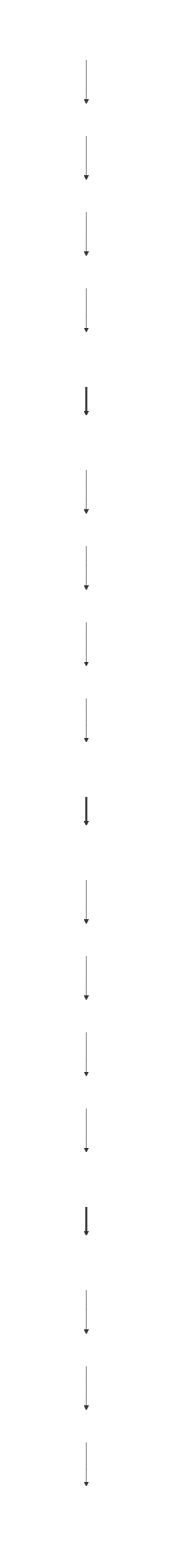
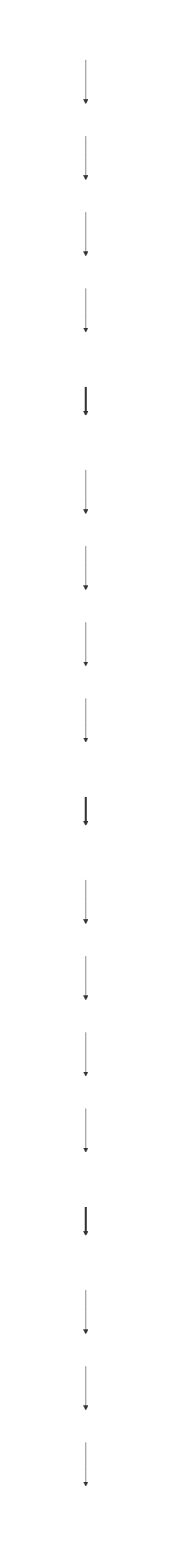
The first of 2 diagrams in docs/loadTestPlanDocument.md (jimyungkoh/ecommerce-service-server), drawn with Mermaid before and after one commit. The commit also changed other lines of this file, not shown here.

Commit message:
docs: 부하 테스트 계획서 수정 및 성능 결과 업데이트
- 주문-재고-결제 시스템의 아키텍처 다이어그램을 한국어로 수정하여 가독성 향상
- 테스트 목적 및 검증 포인트를 명확히 하여 이해도를 높임
- 동시성 테스트 시나리오를 추가하여 부하 테스트 방법을 구체화
- 테스트 데이터 구성 항목을 정리하여 명확한 목표 설정
- 테스트 결과를 업데이트하여 시스템의 안정성과 성능을 강조
  - 처리량: 120 RPS 달성
  - 성공률: 100%
  - 평균 응답시간: 90.71ms
  - 95% 응답시간: 253.86ms
- Grafana K6 메트릭스 스크린샷 추가

````diff
--- a/docs/loadTestPlanDocument.md
+++ b/docs/loadTestPlanDocument.md
@@ -7,56 +7,54 @@
 ```mermaid
 flowchart TB
-    subgraph MarketSystem["주문 서비스"]
-        direction TB
-        T1[Begin Transaction]
-        T2[Create Order]
-        T3[Order Event Publish]
-        T4[Commit]
-        T5[End Transaction]
-        
-        T1 --> T2 --> T3 --> T4 --> T5
-    end
+   subgraph MarketSystem["주문 서비스"]
+       direction TB
+       T1[주문 트랜잭션 시작]
+       T2[주문 생성]
+       T3[아웃박스 이벤트 저장]
+       T4[이벤트 발행]
+       T5[커밋]
 
-    subgraph ProductSystem["상품 서비스"]
-        direction TB
-        P1[Message Receive]
-        P2[Begin Transaction]
-        P3[Deduct Stock]
-        P4[Order Event Publish]
-        P5[End Transaction]
-        
-        P1 --> P2 --> P3 --> P4 --> P5
-    end
+       T1 --> T2 --> T3 --> T4 --> T5
+   end
 
-    subgraph UserSystem["결제 서비스"]
-        direction TB
-        U1[Message Receive]
-        U2[Begin Transaction]
-        U3[Process Payment]
-        U4[Order Event Publish]
-        U5[End Transaction]
-        
-        U1 --> U2 --> U3 --> U4 --> U5
-    end
+   subgraph ProductSystem["재고 서비스"]
+       direction TB
+       P1[이벤트 수신]
+       P2[재고 차감 트랜잭션]
+       P3[재고 검증/차감]
+       P4[아웃박스 이벤트 저장]
+       P5[커밋]
 
-    subgraph CompleteSystem["주문 완료"]
-        direction TB
-        C1[Message Receive]
-        C2[Begin Transaction]
-        C3[Update Status]
-        C4[Commit]
-        
-        C1 --> C2 --> C3 --> C4
-    end
+       P1 --> P2 --> P3 --> P4 --> P5
+   end
 
-    %% 시스템간 연결
-    T3 ==> P1
-    P4 ==> U1
-    U4 ==> C1
+   subgraph UserSystem["결제 서비스"]
+       direction TB
+       U1[이벤트 수신]
+       U2[결제 트랜잭션]
+       U3[포인트 차감]
+       U4[아웃박스 이벤트 저장]
+       U5[커밋]
 
-    %% 스타일링
-    classDef default fill:transparent,stroke:#fff,color:#fff
-    classDef system fill:transparent,stroke:#fff,color:#fff,stroke-width:2px
+       U1 --> U2 --> U3 --> U4 --> U5
+   end
 
-    class MarketSystem,ProductSystem,UserSystem,CompleteSystem system
+   subgraph CompleteSystem["주문 완료"]
+       direction TB
+       C1[이벤트 수신]
+       C2[상태 변경 트랜잭션]
+       C3[주문 상태 갱신]
+       C4[커밋]
+
+       C1 --> C2 --> C3 --> C4
+   end
+
+   %% 서비스 연결
+   T4 ==> P1
+   P4 ==> U1
+   U4 ==> C1
+
+   classDef default fill:transparent,stroke:#fff,color:#fff
+   classDef system fill:transparent,stroke:#fff,color:#fff,stroke-width:2px
+   class MarketSystem,ProductSystem,UserSystem,CompleteSystem system
 ```
````
